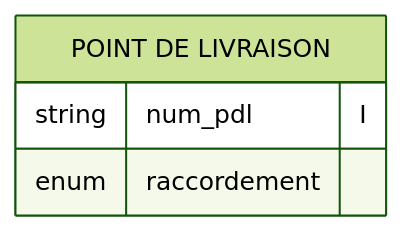
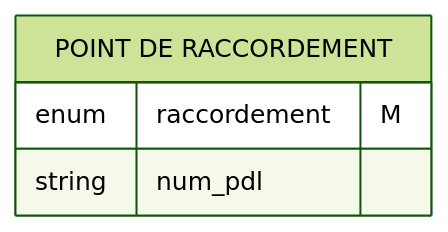
Before and after one commit to MTES-MCT/qualicharge: the tenth of 16 diagrams in docs/modele.md, drawn with Mermaid (forest theme). The commit also changed other lines of this file, not shown here.

Commit message:
précisions num_pdl, nbre_pdc

````diff
--- a/docs/modele.md
+++ b/docs/modele.md
@@ -248,7 +252,7 @@
 ```mermaid
 erDiagram
-"POINT DE LIVRAISON" {
-  string num_pdl "I"
-  enum    raccordement
+"POINT DE RACCORDEMENT" {
+  enum    raccordement "M"
+  string num_pdl
   }
 ```
````
